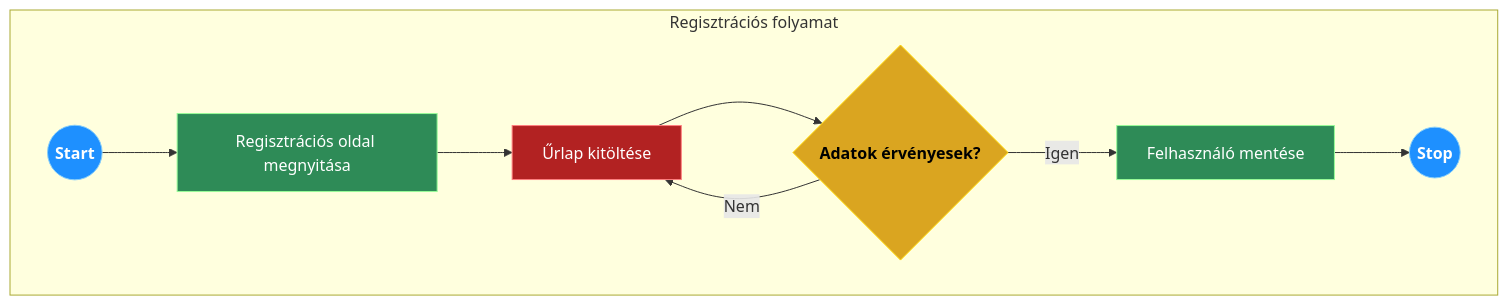
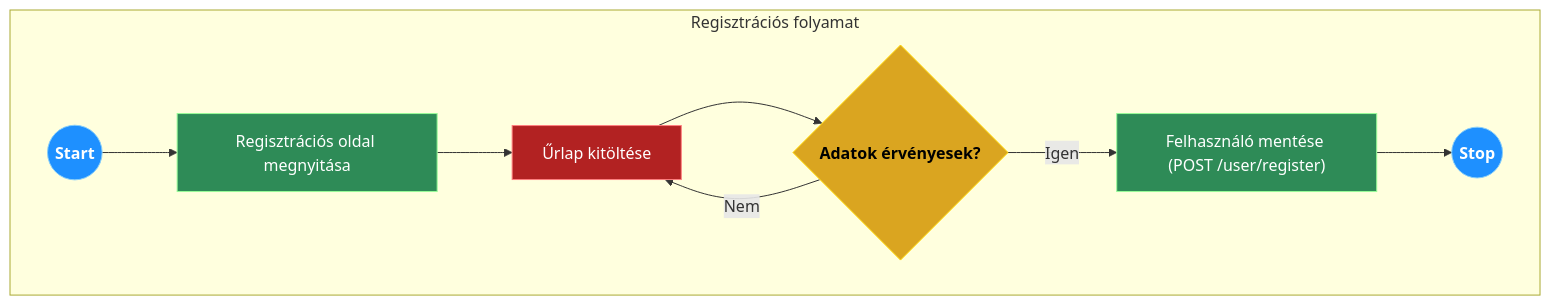
One commit to bencebenko/afp-recipe-sharing changed the second of 8 diagrams in docs/1. Rendszerterv dokumentáció.MD. Above: the diagram before and after it, drawn with Mermaid. The commit also changed other lines of this file and 3 other files, not shown here.

````diff
--- a/docs/1. Rendszerterv dokumentáció.MD
+++ b/docs/1. Rendszerterv dokumentáció.MD
@@ -199,17 +274,17 @@
-```mermaid
+```mermaid 
 flowchart LR
-    classDef startstop fill:#1E90FF,stroke:#87CEFA,color:#fff,font-weight:bold;
-    classDef action fill:#2E8B57,stroke:#98FB98,color:#fff;
-    classDef decision fill:#DAA520,stroke:#FFD700,color:#000,font-weight:bold;
-    classDef error fill:#B22222,stroke:#FF7F7F,color:#fff;
+classDef startstop fill:#1E90FF,stroke:#87CEFA,color:#fff,font-weight:bold;
+classDef action fill:#2E8B57,stroke:#98FB98,color:#fff;
+classDef decision fill:#DAA520,stroke:#FFD700,color:#000,font-weight:bold;
+classDef error fill:#B22222,stroke:#FF7F7F,color:#fff;
 
     subgraph "Regisztrációs folyamat"
         direction LR
         A((Start)):::startstop --> B["Regisztrációs oldal megnyitása"]:::action
         B --> C["Űrlap kitöltése"]:::action
         C --> D{"Adatok érvényesek?"}:::decision
         D -->|Nem| C:::error
-        D -->|Igen| E["Felhasználó mentése"]:::action
+        D -->|Igen| E["Felhasználó mentése (POST /user/register)"]:::action
         E --> F((Stop)):::startstop
     end
-```
+``` 
````
